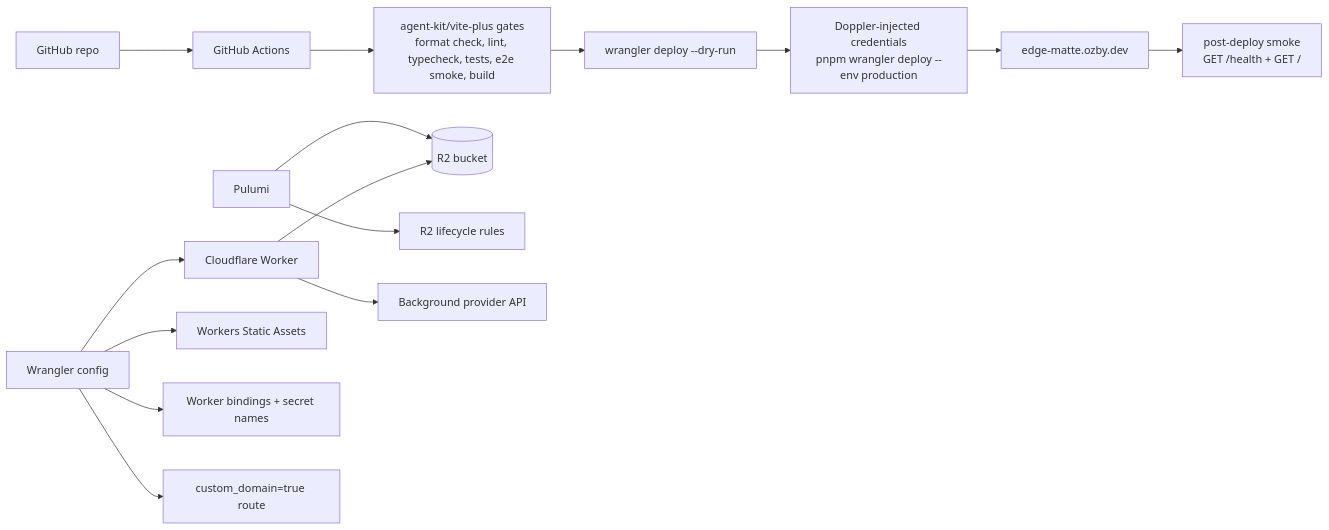
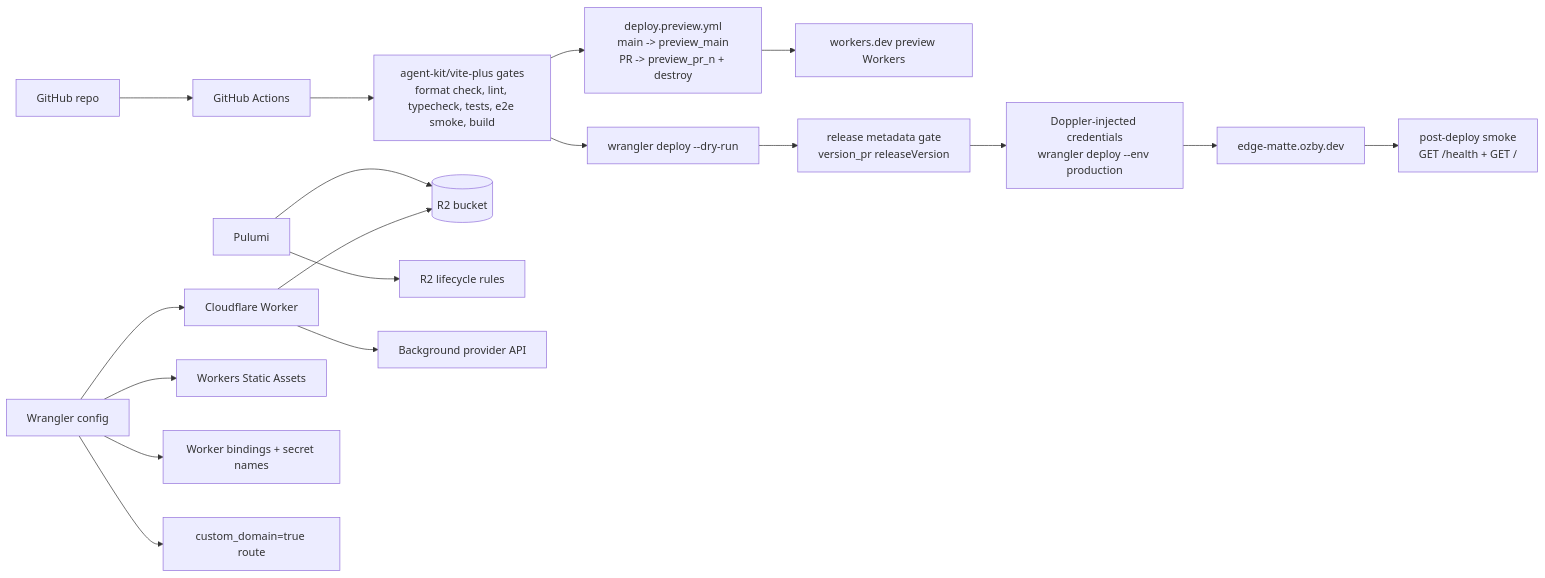
Before and after one commit to ozby/edge-matte: the ninth of 10 diagrams in docs/architecture.md, drawn with Mermaid. The commit also changed other lines of this file and 34 other files, not shown here.

````diff
--- a/docs/architecture.md
+++ b/docs/architecture.md
@@ -308,20 +310,23 @@
 ```mermaid
 flowchart LR
     GH[GitHub repo] --> CI[GitHub Actions]
     CI --> CHECKS[agent-kit/vite-plus gates<br/>format check, lint, typecheck, tests, e2e smoke, build]
     CHECKS --> DRY[wrangler deploy --dry-run]
-    DRY --> DEPLOY[Doppler-injected credentials<br/>pnpm wrangler deploy --env production]
+    CHECKS --> PREVIEW[deploy.preview.yml<br/>main -> preview_main<br/>PR -> preview_pr_n + destroy]
+    PREVIEW --> WORKERSDEV[workers.dev preview Workers]
+    DRY --> RELEASE[release metadata gate<br/>version_pr releaseVersion]
+    RELEASE --> DEPLOY[Doppler-injected credentials<br/>wrangler deploy --env production]
     DEPLOY --> URL[edge-matte.ozby.dev]
     URL --> SMOKE[post-deploy smoke<br/>GET /health + GET /]
 
     PULUMI[Pulumi] --> R2[(R2 bucket)]
     PULUMI --> LIFE[R2 lifecycle rules]
 
     WRANGLER[Wrangler config] --> WORKER[Cloudflare Worker]
     WRANGLER --> ASSETS[Workers Static Assets]
     WRANGLER --> BINDINGS[Worker bindings + secret names]
     WRANGLER --> ROUTES[custom_domain=true route]
 
     WORKER --> R2
     WORKER --> PROVIDER[Background provider API]
 ```
````
